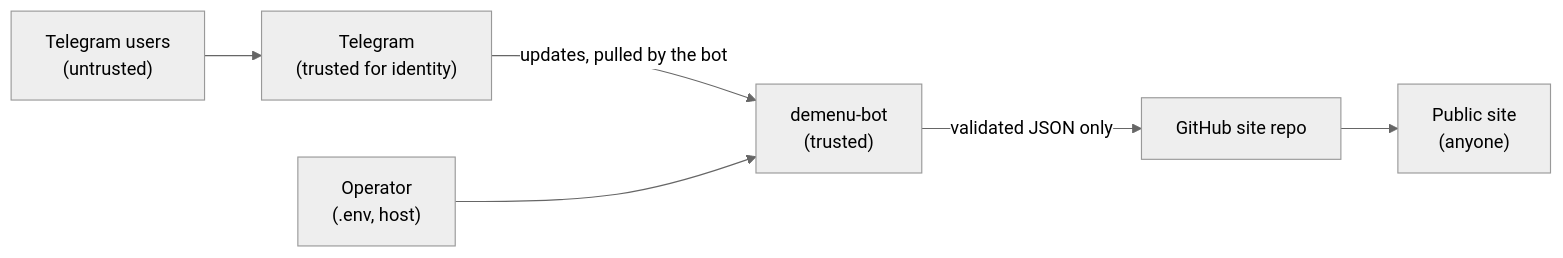
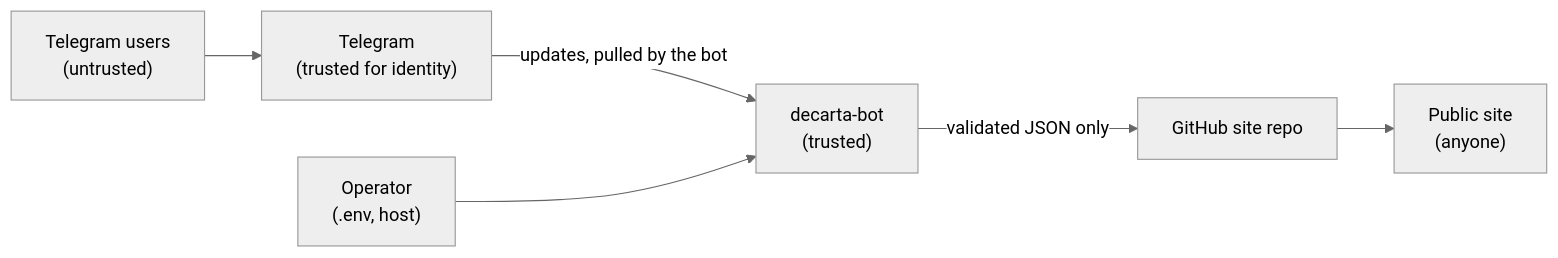
One commit to luis-serrano-l/decarta-bot changed the diagram in docs/explanation/threat-model.md. Above: the diagram before and after it, drawn with Mermaid (neutral theme). The commit also changed 29 other files, not shown here.

First line of the commit message:
chore: rename project to decarta-bot

````diff
--- a/docs/explanation/threat-model.md
+++ b/docs/explanation/threat-model.md
@@ -21,8 +21,8 @@
 ```mermaid
 flowchart LR
     U["Telegram users<br/>(untrusted)"] --> T["Telegram<br/>(trusted for identity)"]
-    T -->|"updates, pulled by the bot"| B["demenu-bot<br/>(trusted)"]
+    T -->|"updates, pulled by the bot"| B["decarta-bot<br/>(trusted)"]
     B -->|"validated JSON only"| G["GitHub site repo"]
     G --> P["Public site<br/>(anyone)"]
     O["Operator<br/>(.env, host)"] --> B
 ```
````
